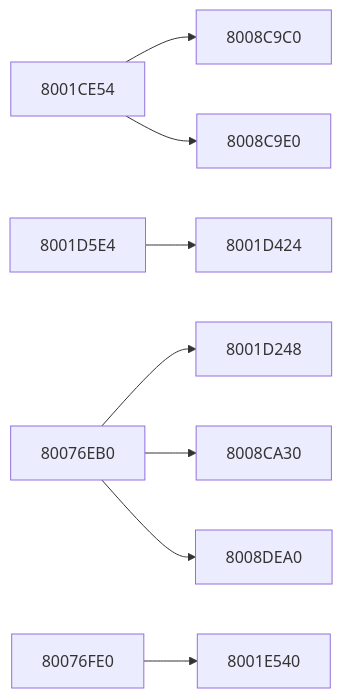
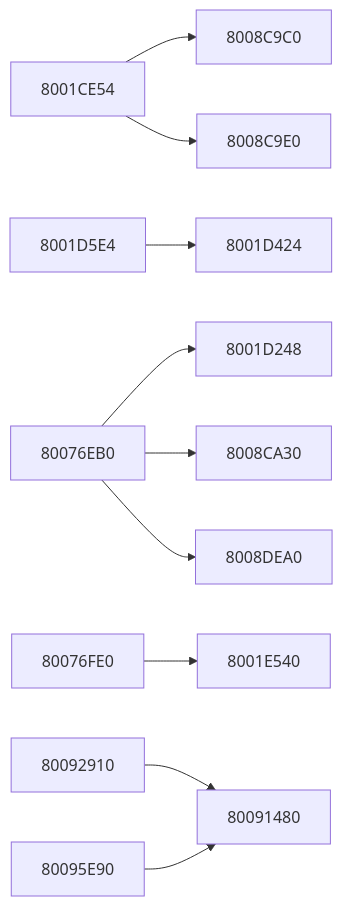
Before and after one commit to kai-luni/Future-Cop-L.A.P.D-PS1: the eighth of 10 diagrams in docs/FUNCTION_MAP.md, drawn with Mermaid. The commit also changed other lines of this file and 1 other file, not shown here.

````diff
--- a/docs/FUNCTION_MAP.md
+++ b/docs/FUNCTION_MAP.md
@@ -436,21 +683,26 @@
 ```mermaid
 graph LR
     f8001ce54 --> f8008c9c0
     f8001ce54 --> f8008c9e0
     f8001d5e4 --> f8001d424
     f80076eb0 --> f8001d248
     f80076eb0 --> f8008ca30
     f80076eb0 --> f8008dea0
     f80076fe0 --> f8001e540
+    f80092910 --> f80091480
+    f80095e90 --> f80091480
     f8001ce54["8001CE54"]
     f8001d248["8001D248"]
     f8001d424["8001D424"]
     f8001d5e4["8001D5E4"]
     f8001e540["8001E540"]
     f80076eb0["80076EB0"]
     f80076fe0["80076FE0"]
     f8008c9c0["8008C9C0"]
     f8008c9e0["8008C9E0"]
     f8008ca30["8008CA30"]
     f8008dea0["8008DEA0"]
+    f80091480["80091480"]
+    f80092910["80092910"]
+    f80095e90["80095E90"]
 ```
````
